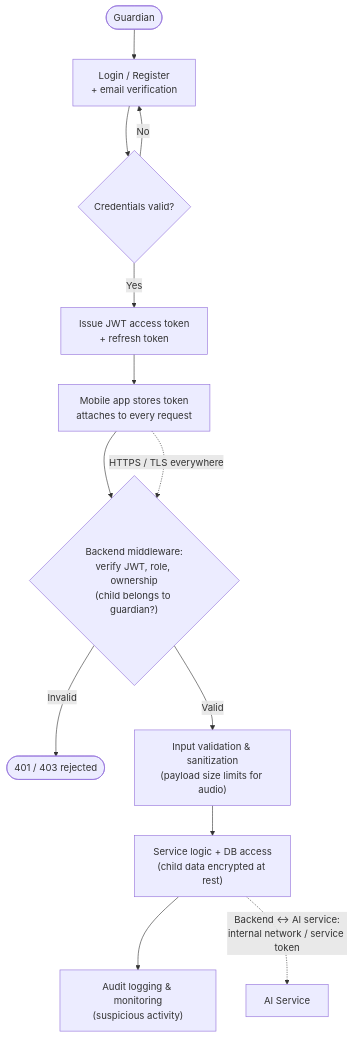
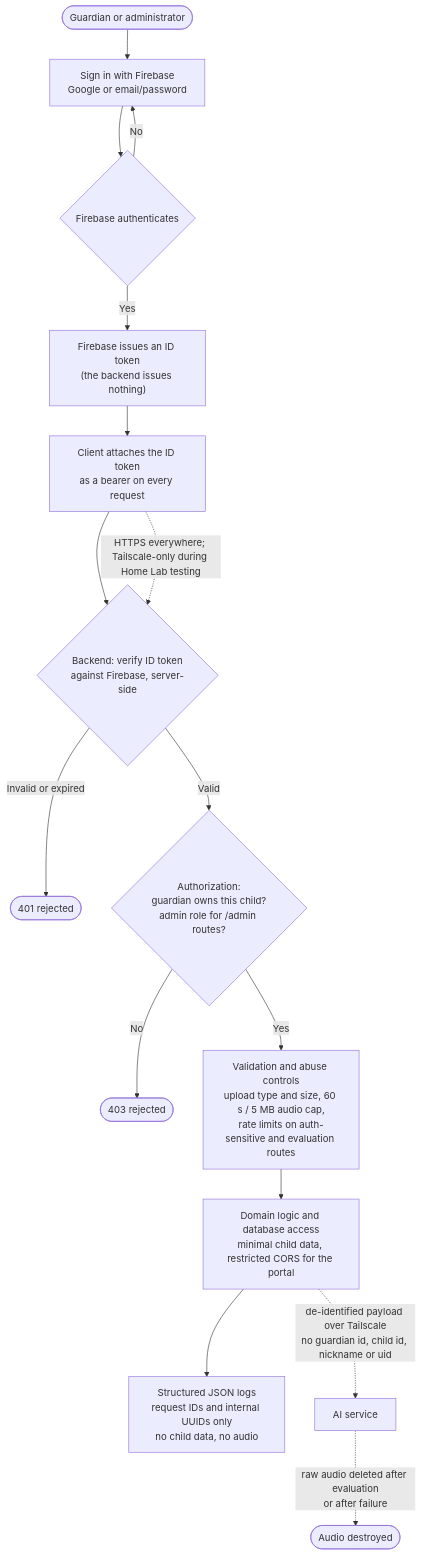
One commit to MohamedMaged9258/Yantiq changed diagram 17 of 20 in docs/architecture/diagrams.md. Above: the diagram before and after it, drawn with Mermaid. The commit also changed other lines of this file, not shown here.

First line of the commit message:
docs: rewrite architecture diagrams against the Phase 0 baseline

````diff
--- a/docs/architecture/diagrams.md
+++ b/docs/architecture/diagrams.md
@@ -518,15 +759,18 @@
 ```mermaid
 flowchart TD
-    A([Guardian]) --> B[Login / Register<br/>+ email verification]
-    B --> C{Credentials valid?}
+    A([Guardian or administrator]) --> B["Sign in with Firebase<br/>Google or email/password"]
+    B --> C{Firebase authenticates}
     C -- No --> B
-    C -- Yes --> D["Issue JWT access token<br/>+ refresh token"]
-    D --> E["Mobile app stores token<br/>attaches to every request"]
-    E --> F{"Backend middleware:<br/>verify JWT, role, ownership<br/>(child belongs to guardian?)"}
-    F -- Invalid --> G([401 / 403 rejected])
-    F -- Valid --> H["Input validation & sanitization<br/>(payload size limits for audio)"]
-    H --> I["Service logic + DB access<br/>(child data encrypted at rest)"]
-    I --> J["Audit logging & monitoring<br/>(suspicious activity)"]
-    E -. "HTTPS / TLS everywhere" .-> F
-    I -. "Backend ↔ AI service:<br/>internal network / service token" .-> K["AI Service"]
+    C -- Yes --> D["Firebase issues an ID token<br/>(the backend issues nothing)"]
+    D --> E["Client attaches the ID token<br/>as a bearer on every request"]
+    E --> F{"Backend: verify ID token<br/>against Firebase, server-side"}
+    F -- Invalid or expired --> G([401 rejected])
+    F -- Valid --> H{"Authorization:<br/>guardian owns this child?<br/>admin role for /admin routes?"}
+    H -- No --> I([403 rejected])
+    H -- Yes --> J["Validation and abuse controls<br/>upload type and size, 60 s / 5 MB audio cap,<br/>rate limits on auth-sensitive and evaluation routes"]
+    J --> K["Domain logic and database access<br/>minimal child data, restricted CORS for the portal"]
+    K --> L["Structured JSON logs<br/>request IDs and internal UUIDs only<br/>no child data, no audio"]
+    K -. "de-identified payload over Tailscale<br/>no guardian id, child id, nickname or uid" .-> M["AI service"]
+    M -. "raw audio deleted after evaluation<br/>or after failure" .-> N([Audio destroyed])
+    E -. "HTTPS everywhere; Tailscale-only during Home Lab testing" .-> F
 ```
````
